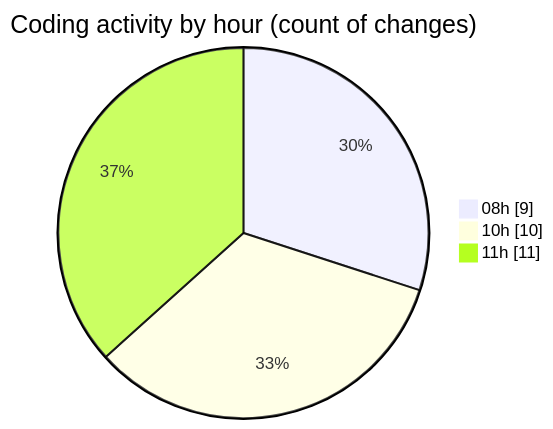
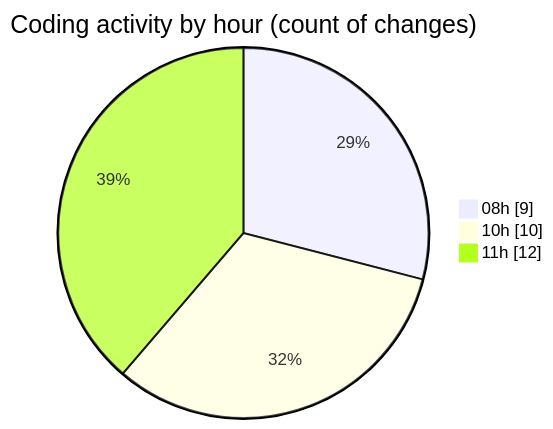
The second of 2 diagrams in 2025-11-04/cdp_aleoudev_fr__workspace_/README.md (julien-gomy/code-tracking), drawn with Mermaid before and after one commit. The commit also changed other lines of this file and 1 other file, not shown here.

````diff
--- a/2025-11-04/cdp_aleoudev_fr__workspace_/README.md
+++ b/2025-11-04/cdp_aleoudev_fr__workspace_/README.md
@@ -29,7 +30,7 @@
 ```mermaid
 pie showData
 title Coding activity by hour (count of changes)
 "08h" : 9
 "10h" : 10
-"11h" : 11
+"11h" : 12
 ```
````
